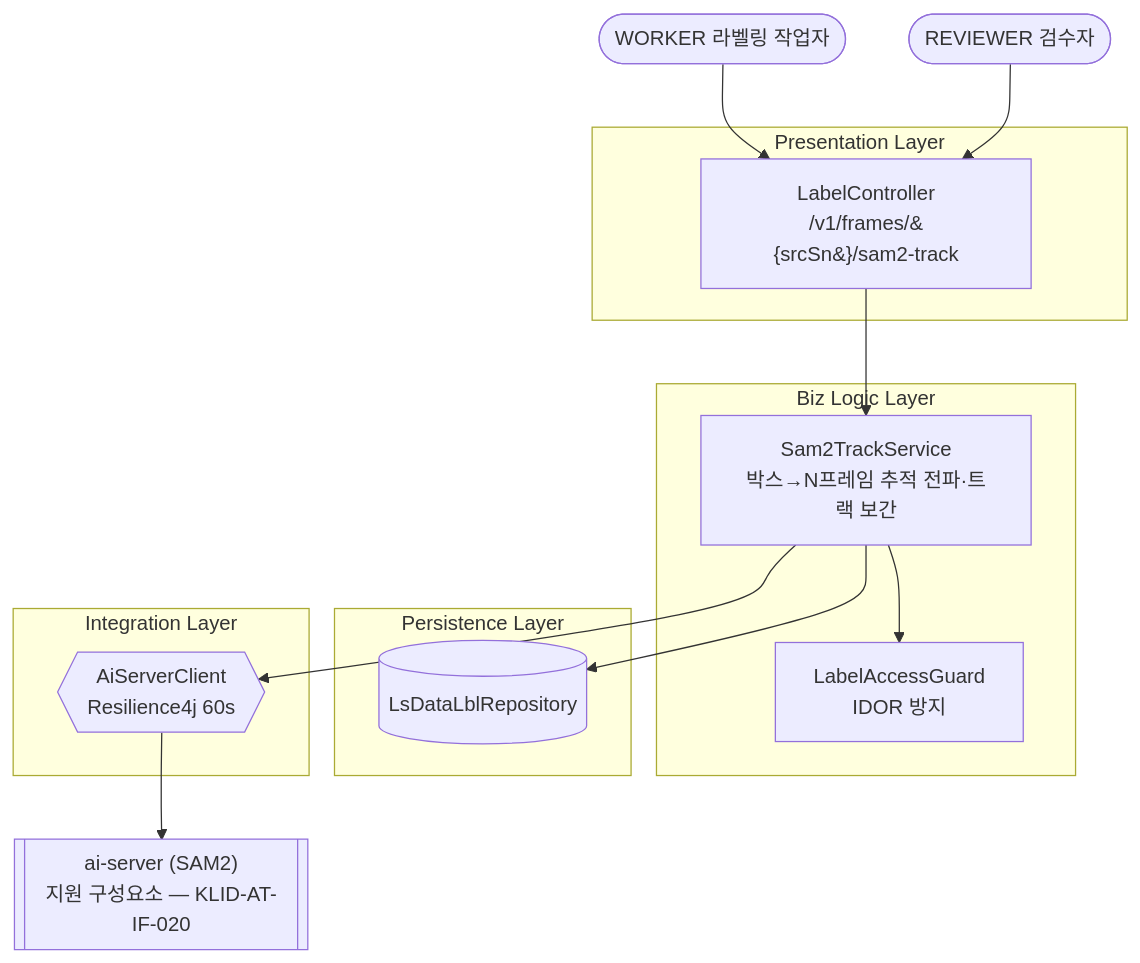
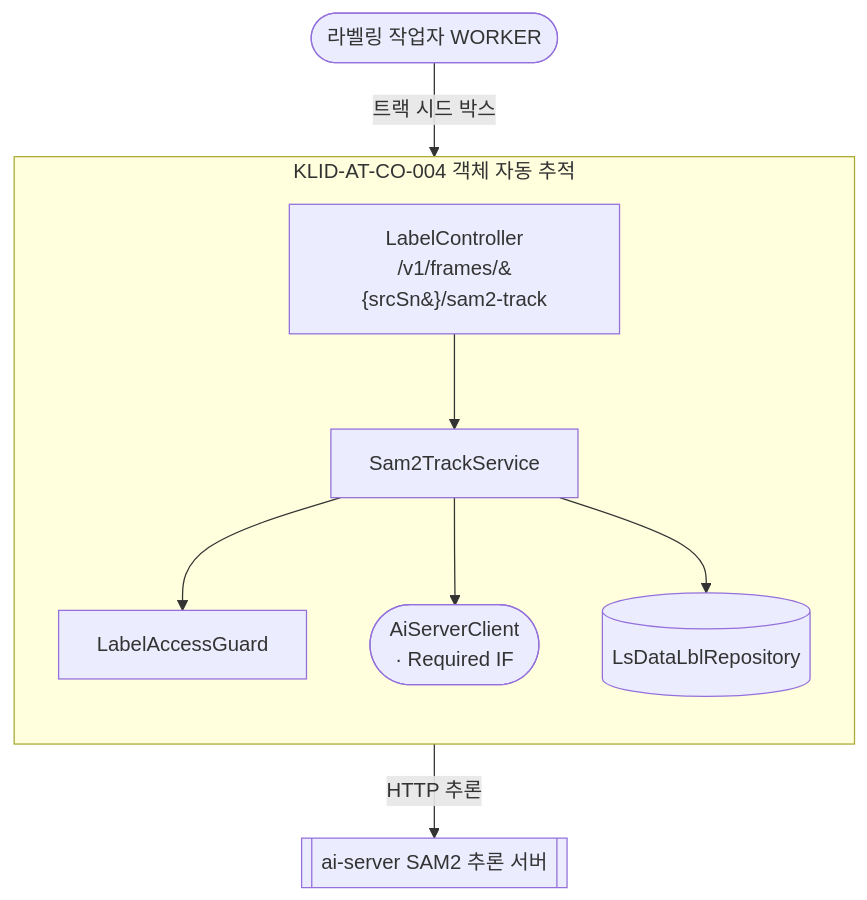
One commit to New-stella/klid-label changed the fourth of 13 diagrams in docs/design/D3-컴포넌트설계서.md. Above: the diagram before and after it, drawn with Mermaid. The commit also changed other lines of this file and 6 other files, not shown here.

````diff
--- a/docs/design/D3-컴포넌트설계서.md
+++ b/docs/design/D3-컴포넌트설계서.md
@@ -156,28 +111,19 @@
 ```mermaid
-flowchart TB
-  WORKER([WORKER 라벨링 작업자])
-  REVIEWER([REVIEWER 검수자])
-  AISVR[["ai-server (SAM2)<br/>지원 구성요소 — KLID-AT-IF-020"]]
-
-  subgraph Presentation [Presentation Layer]
-    LblCtrl[LabelController<br/>/v1/frames/&#123;srcSn&#125;/sam2-track]
-  end
-  subgraph Biz [Biz Logic Layer]
-    Sam2Track[Sam2TrackService<br/>박스→N프레임 추적 전파·트랙 보간]
-    Guard[LabelAccessGuard<br/>IDOR 방지]
-  end
-  subgraph Persistence [Persistence Layer]
-    LblRepo[(LsDataLblRepository)]
-  end
-  subgraph Integration [Integration Layer]
-    AiClient{{AiServerClient<br/>Resilience4j 60s}}
-  end
-
-  WORKER --> LblCtrl
-  REVIEWER --> LblCtrl
-  LblCtrl --> Sam2Track
-  Sam2Track --> Guard
-  Sam2Track --> AiClient
-  Sam2Track --> LblRepo
-  AiClient --> AISVR
+flowchart TD
+    WORKER([라벨링 작업자 WORKER])
+    AISVR[[ai-server SAM2 추론 서버]]
+    subgraph CO004[KLID-AT-CO-004 객체 자동 추적]
+        direction TB
+        LC[LabelController<br/>/v1/frames/&#123;srcSn&#125;/sam2-track]
+        STS[Sam2TrackService]
+        LAG[LabelAccessGuard]
+        AISC([AiServerClient<br/>· Required IF])
+        LDL[(LsDataLblRepository)]
+        LC --> STS
+        STS --> LAG
+        STS --> AISC
+        STS --> LDL
+    end
+    WORKER -->|트랙 시드 박스| LC
+    AISC -->|HTTP 추론| AISVR
 ```
````
